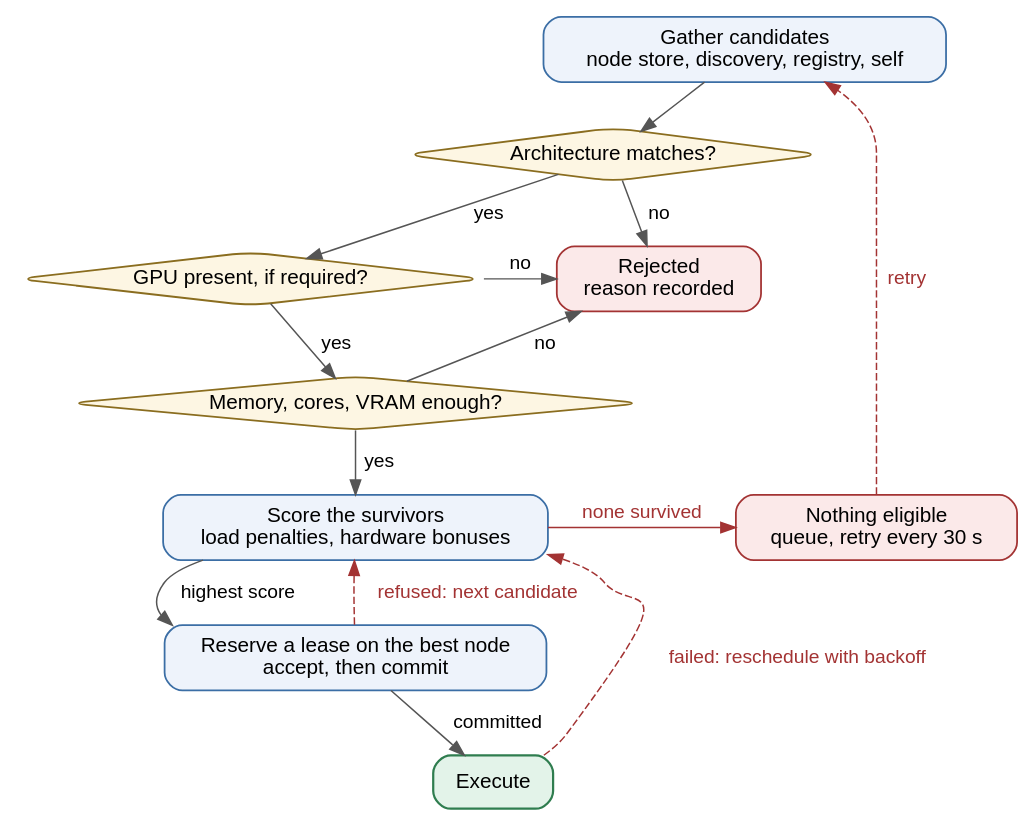
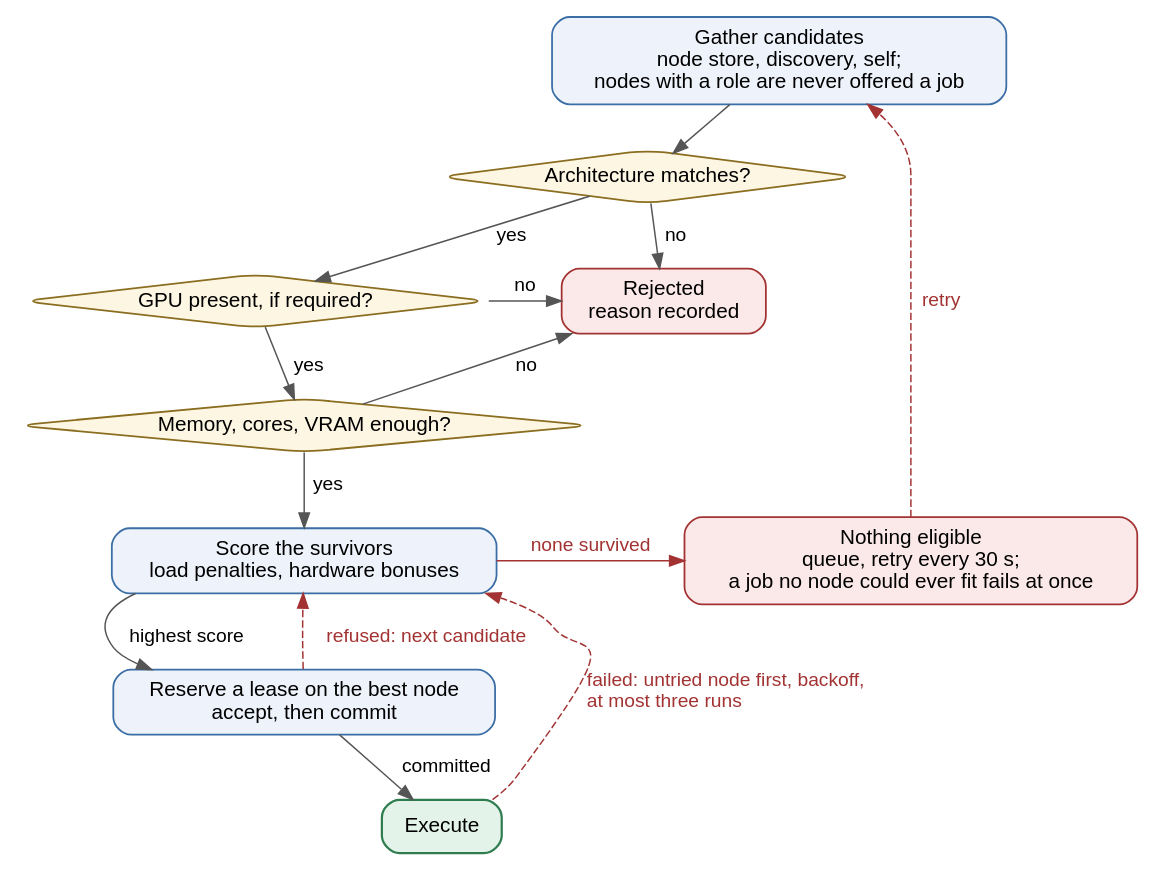
Before and after one commit to vinayakyadav2709/Pipedpeer: the diagram in docs/diagrams/src/fig_4.3_placement_flow.dot, drawn with Graphviz. The commit also changed 28 other files, not shown here.

```diff
--- a/docs/diagrams/src/fig_4.3_placement_flow.dot
+++ b/docs/diagrams/src/fig_4.3_placement_flow.dot
@@ -1,41 +1,41 @@
 // Figure 4.3 - Placement pipeline: gather, filter, score, lease, retry.
 // The three reject branches feed one collector so no edge has to cross the
 // figure, and the queue path leaves from the bottom rather than looping back
 // over the decision spine.
 digraph Placement {
   rankdir=TB; bgcolor="white"; nodesep=0.34; ranksep=0.40;
   node [fontname="Helvetica", fontsize=14, shape=box, style="rounded,filled",
         fillcolor="#eef3fb", color="#3b6ea5", penwidth=1.2, margin="0.18,0.10"];
   edge [fontname="Helvetica", fontsize=13, color="#555555"];
 
-  gather [label="Gather candidates\nnode store, discovery, registry, self"];
+  gather [label="Gather candidates\nnode store, discovery, self;\nnodes with a role are never offered a job"];
   f1 [label="Architecture matches?", shape=diamond, fillcolor="#fdf6e3", color="#8a6d1f", margin="0.04"];
   f2 [label="GPU present, if required?", shape=diamond, fillcolor="#fdf6e3", color="#8a6d1f", margin="0.04"];
   f3 [label="Memory, cores, VRAM enough?", shape=diamond, fillcolor="#fdf6e3", color="#8a6d1f", margin="0.04"];
   rej [label="Rejected\nreason recorded", fillcolor="#fbe9e9", color="#a33333"];
 
   score [label="Score the survivors\nload penalties, hardware bonuses"];
   lease [label="Reserve a lease on the best node\naccept, then commit"];
   run   [label="Execute", fillcolor="#e3f3e9", color="#2f7d4f", penwidth=1.5];
-  wait  [label="Nothing eligible\nqueue, retry every 30 s", fillcolor="#fbe9e9", color="#a33333"];
+  wait  [label="Nothing eligible\nqueue, retry every 30 s;\na job no node could ever fit fails at once", fillcolor="#fbe9e9", color="#a33333"];
 
   gather -> f1;
   f1 -> f2 [label=" yes "];
   f2 -> f3 [label=" yes "];
   f3 -> score [label=" yes "];
   score -> lease [label=" highest score "];
   lease -> run [label=" committed "];
 
   // All three rejections land on one collector, kept level with the filters.
   f1 -> rej [label=" no "];
   f2 -> rej [label=" no "];
   f3 -> rej [label=" no "];
   { rank=same; f2; rej; }
 
   score -> wait [label=" none survived ", color="#a33333", fontcolor="#a33333"];
   wait -> gather [label=" retry ", style=dashed, color="#a33333", fontcolor="#a33333"];
 
   lease -> score [label=" refused: next candidate ", style=dashed, color="#a33333", fontcolor="#a33333"];
-  run -> score [label=" failed: reschedule with backoff ", style=dashed, color="#a33333", fontcolor="#a33333"];
+  run -> score [label=" failed: untried node first, backoff,\l at most three runs\l ", style=dashed, color="#a33333", fontcolor="#a33333"];
   { rank=same; score; wait; }
 }
```
